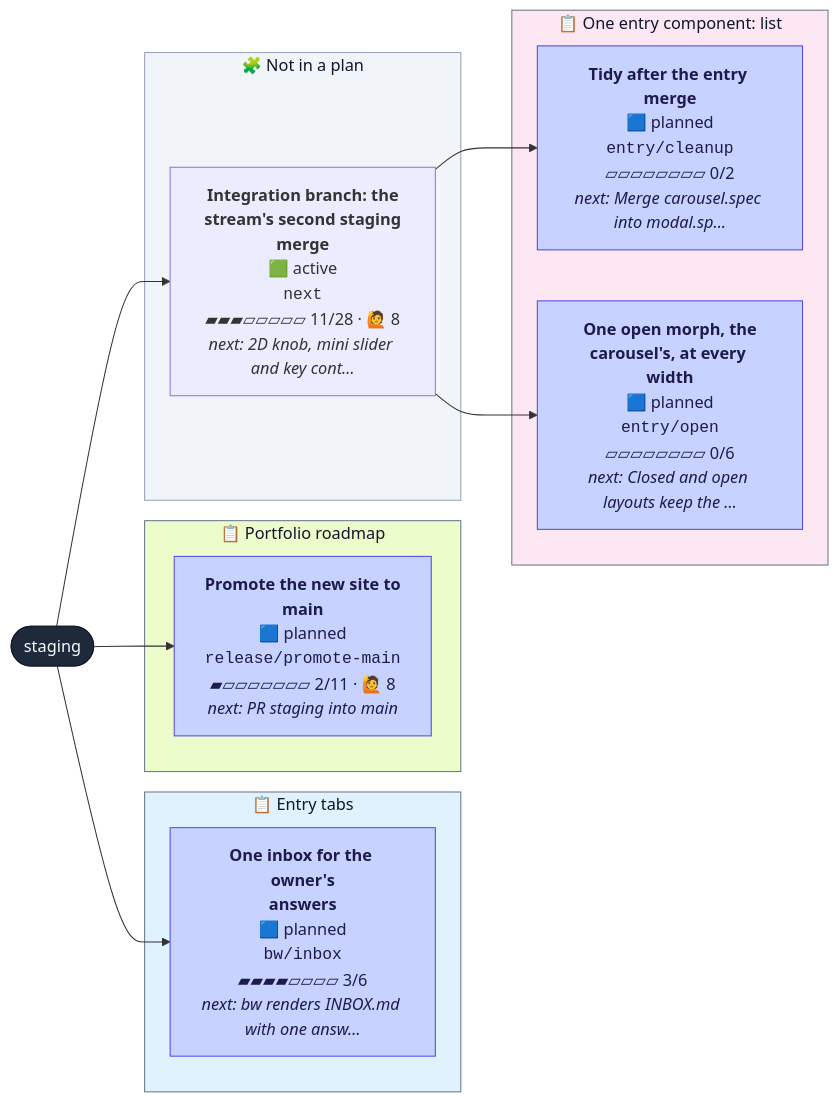
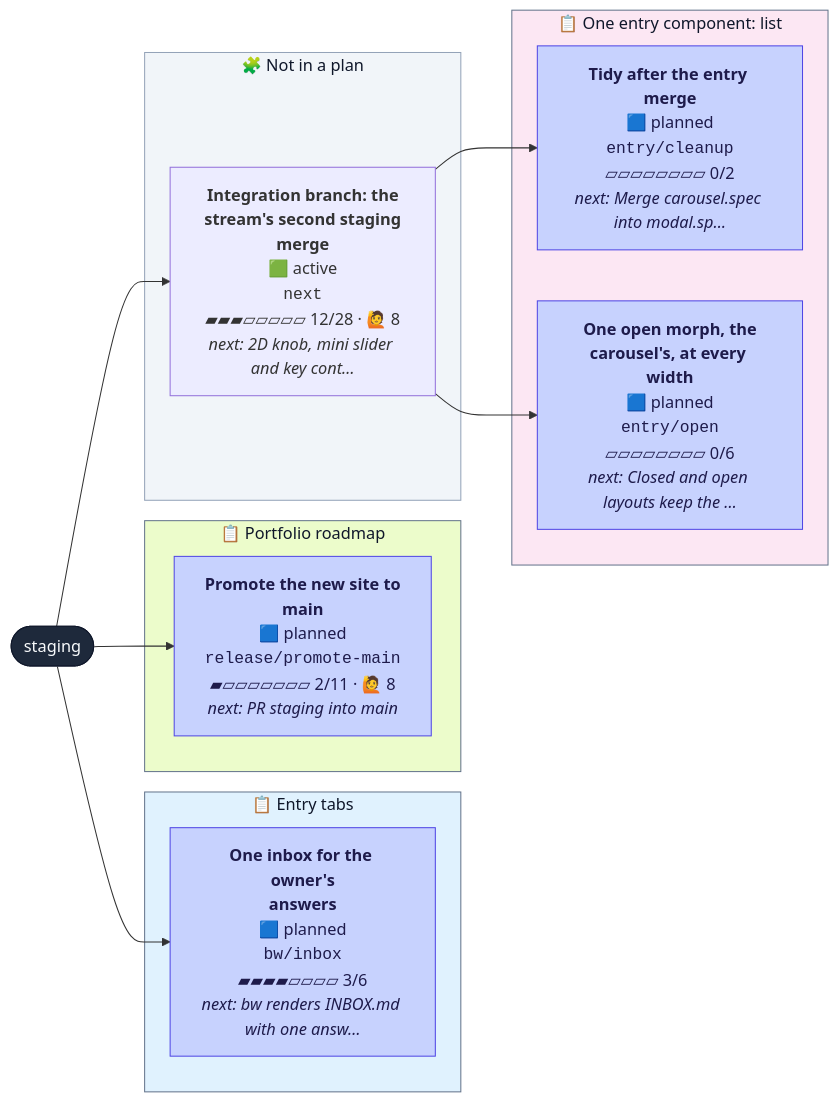
Before and after one commit to henryjonescodes/portfolio: the diagram in CONTRIBUTING.md, drawn with Mermaid. The commit also changed other lines of this file, not shown here.

````diff
--- a/CONTRIBUTING.md
+++ b/CONTRIBUTING.md
@@ -16,38 +16,38 @@
 ```mermaid
 flowchart LR
   n_staging([staging])
   class n_staging trunk
   subgraph plan_0["📋 Entry tabs"]
     n_bw_inbox["<b>One inbox for the owner's<br/>answers</b><br/>🟦 planned<br/><code>bw/inbox</code><br/>▰▰▰▰▱▱▱▱ 3/6<br/><i>next: bw renders INBOX.md with one answ…</i>"]
     class n_bw_inbox planned
   end
   style plan_0 fill:#e0f2fe,stroke:#64748b,color:#0f172a
   subgraph plan_1["📋 One entry component: list"]
     n_entry_cleanup["<b>Tidy after the entry merge</b><br/>🟦 planned<br/><code>entry/cleanup</code><br/>▱▱▱▱▱▱▱▱ 0/2<br/><i>next: Merge carousel.spec into modal.sp…</i>"]
     class n_entry_cleanup planned
     n_entry_open["<b>One open morph, the<br/>carousel's, at every width</b><br/>🟦 planned<br/><code>entry/open</code><br/>▱▱▱▱▱▱▱▱ 0/6<br/><i>next: Closed and open layouts keep the …</i>"]
     class n_entry_open planned
   end
   style plan_1 fill:#fce7f3,stroke:#64748b,color:#0f172a
   subgraph plan_2["📋 Portfolio roadmap"]
     n_release_promote_main["<b>Promote the new site to<br/>main</b><br/>🟦 planned<br/><code>release/promote-main</code><br/>▰▱▱▱▱▱▱▱ 2/11 · 🙋 8<br/><i>next: PR staging into main</i>"]
     class n_release_promote_main planned
   end
   style plan_2 fill:#ecfccb,stroke:#64748b,color:#0f172a
   subgraph loose["🧩 Not in a plan"]
-    n_next["<b>Integration branch: the<br/>stream's second staging<br/>merge</b><br/>🟩 active<br/><code>next</code><br/>▰▰▰▱▱▱▱▱ 11/28 · 🙋 8<br/><i>next: 2D knob, mini slider and key cont…</i>"]
+    n_next["<b>Integration branch: the<br/>stream's second staging<br/>merge</b><br/>🟩 active<br/><code>next</code><br/>▰▰▰▱▱▱▱▱ 12/28 · 🙋 8<br/><i>next: 2D knob, mini slider and key cont…</i>"]
     class n_next active,current
   end
   style loose fill:#f1f5f9,stroke:#94a3b8,color:#0f172a
   n_staging --> n_bw_inbox
   n_next --> n_entry_cleanup
   n_next --> n_entry_open
   n_staging --> n_next
   n_staging --> n_release_promote_main
   classDef planned fill:#c7d2fe,stroke:#4f46e5,color:#1e1b4b
   classDef active fill:#bbf7d0,stroke:#16a34a,stroke-width:3px,color:#052e16
   classDef review fill:#fde68a,stroke:#d97706,stroke-width:3px,color:#451a03
   classDef blocked fill:#fecaca,stroke:#dc2626,stroke-width:3px,color:#450a0a
   classDef trunk fill:#1e293b,stroke:#0f172a,color:#f8fafc
   classDef current stroke:#0ea5e9,stroke-width:5px
 ```
````
